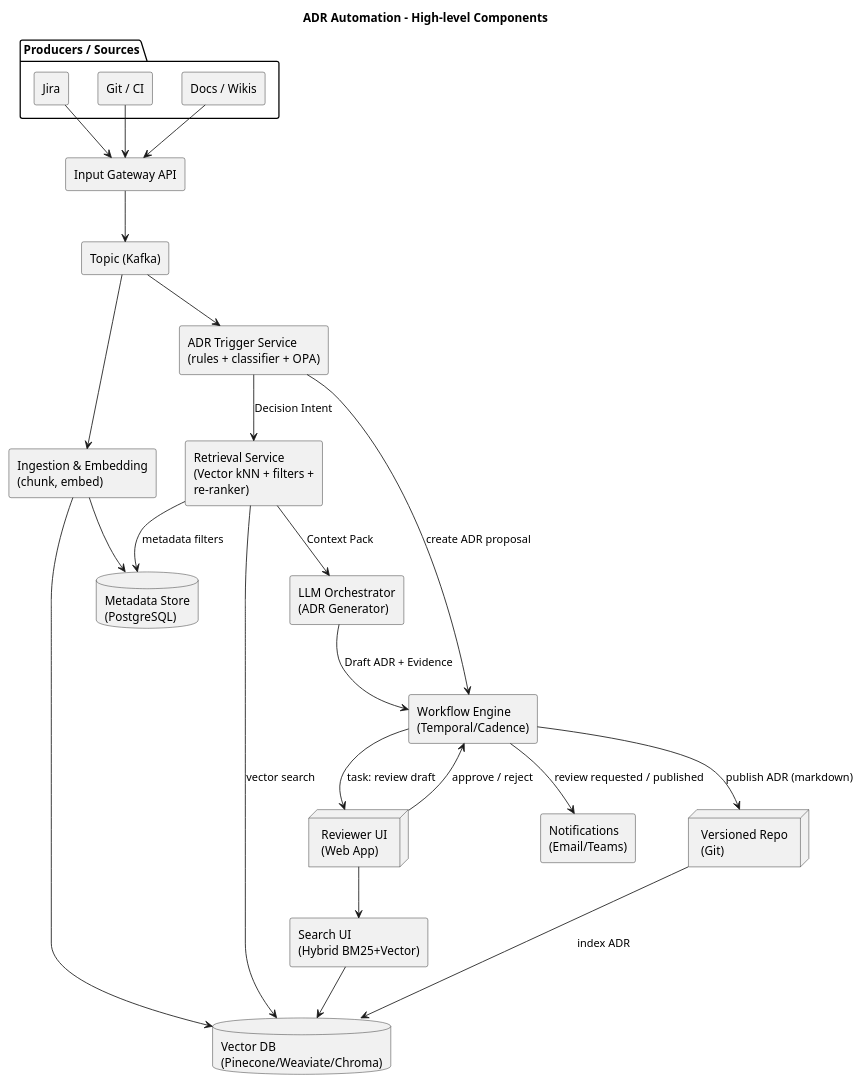
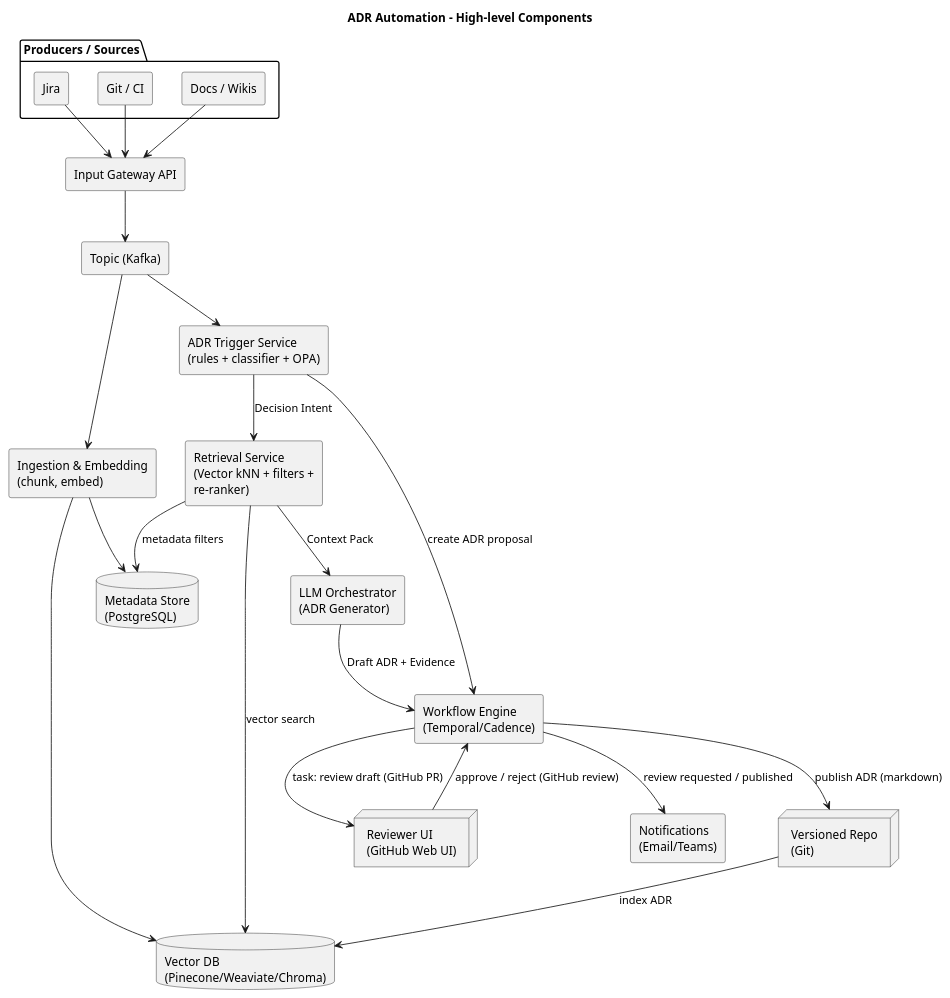
Before and after one commit to dblanari/ADR-Copilot: the diagram in docs/ADR-version2.puml, drawn with PlantUML. The commit also changed 1 other file, not shown here.

```diff
--- a/docs/ADR-version2.puml
+++ b/docs/ADR-version2.puml
@@ -1,57 +1,54 @@
 @startuml
 skinparam componentStyle rectangle
 skinparam wrapWidth 200
 title ADR Automation – High-level Components
 
 package "Producers / Sources" {
   [Jira] as JIRA
   [Git / CI] as GIT
   [Docs / Wikis] as DOCS
 }
 
 component "Input Gateway API" as GATEWAY
 component "Topic (Kafka)" as BUS
 component "Ingestion & Embedding\n(chunk, embed)" as INGEST
 database "Vector DB\n(Pinecone/Weaviate/Chroma)" as VDB
 database "Metadata Store\n(PostgreSQL)" as SQL
 component "ADR Trigger Service\n(rules + classifier + OPA)" as TRIGGER
 component "Retrieval Service\n(Vector kNN + filters + re-ranker)" as RETR
 component "LLM Orchestrator\n(ADR Generator)" as LLM
 component "Workflow Engine\n(Temporal/Cadence)" as WF
-node "Reviewer UI\n(Web App)" as UI
+node "Reviewer UI\n(GitHub Web UI)" as UI
 component "Notifications\n(Email/Teams)" as NOTIF
 node "Versioned Repo\n(Git)" as GITREPO
-component "Search UI\n(Hybrid BM25+Vector)" as SEARCH
 
 JIRA --> GATEWAY
 GIT --> GATEWAY
 DOCS --> GATEWAY
 
 GATEWAY --> BUS
 BUS --> INGEST
 INGEST --> VDB
 INGEST --> SQL
 
 ' Triggers on events or labels
 BUS --> TRIGGER
 TRIGGER --> WF : create ADR proposal
 
 ' Retrieval and generation path
 TRIGGER --> RETR : Decision Intent
 RETR --> VDB : vector search
 RETR --> SQL : metadata filters
 RETR --> LLM : Context Pack
 
 LLM --> WF : Draft ADR + Evidence
 
 ' Human-in-the-loop
-WF --> UI : task: review draft
-UI --> WF : approve / reject
+WF --> UI : task: review draft (GitHub PR)
+UI --> WF : approve / reject (GitHub review)
 WF --> GITREPO : publish ADR (markdown)
 GITREPO --> VDB : index ADR
-SEARCH --> VDB
-UI --> SEARCH
 
 ' Notifications
 WF --> NOTIF : review requested / published
 @enduml
```
